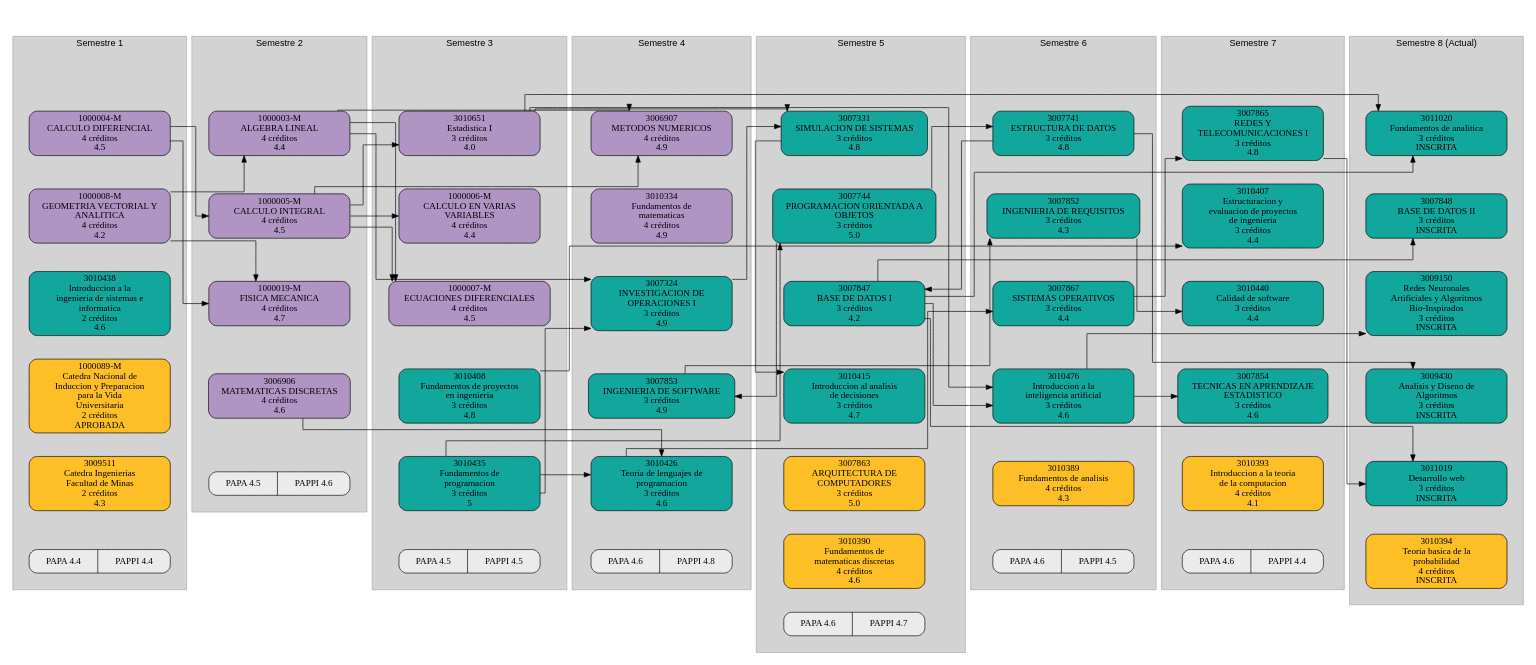
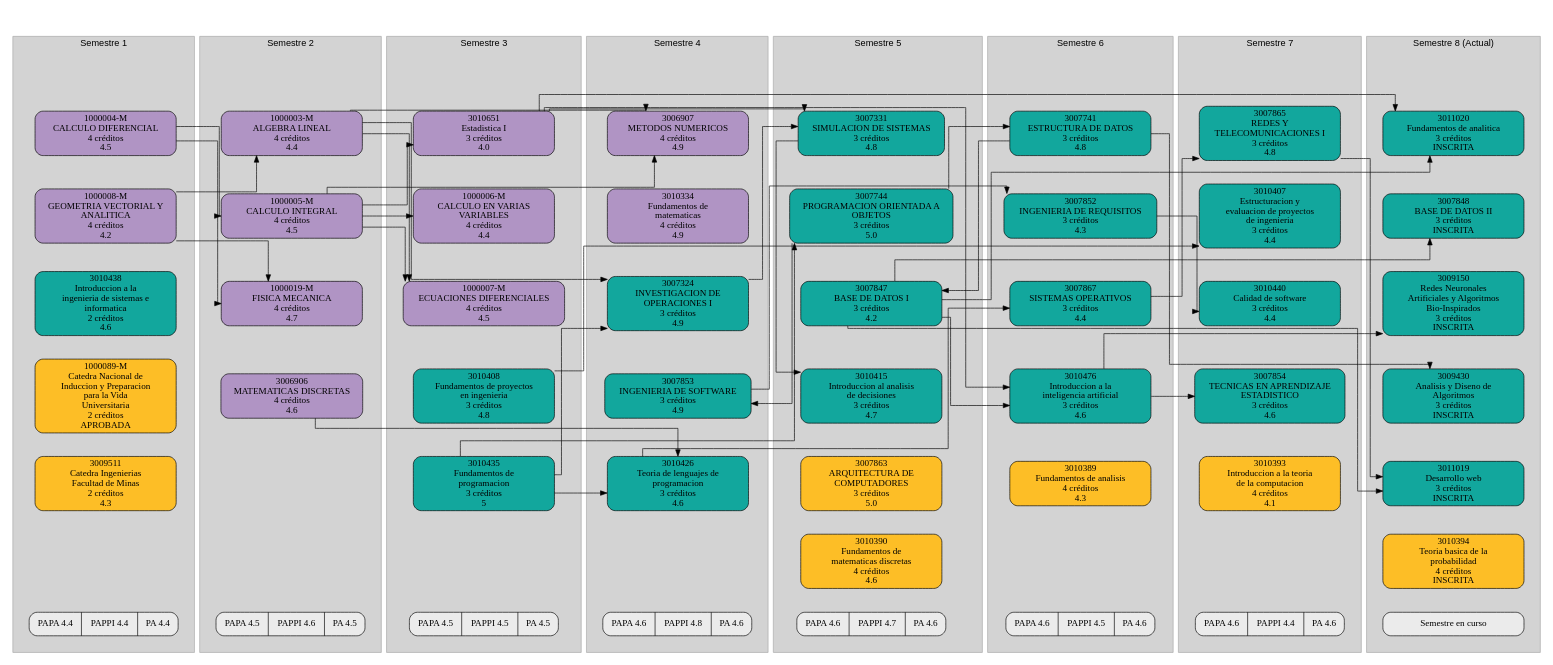
One commit to eporrasm/d-web changed the diagram in codigo/asignatura_catalog/plan_estudios.gv. Above: the diagram before and after it, drawn with Graphviz. The commit also changed 13 other files, not shown here.

```diff
--- a/codigo/asignatura_catalog/plan_estudios.gv
+++ b/codigo/asignatura_catalog/plan_estudios.gv
@@ -38,8 +38,10 @@
 2 créditos
 4.3" color="#000000" fillcolor="#fdbe26" group=sem1 penwidth=1]
 		"1000089-M" -> 3009511 [style=invis]
-		"Promedio 1" [label="PAPA 4.4|PAPPI 4.4" fillcolor="#EBEBEB" shape=record]
-		3009511 -> "Promedio 1" [style=invis]
+		relleno_1_0 [group=sem1 style=invis]
+		3009511 -> relleno_1_0 [style=invis]
+		"Promedio 1" [label="PAPA 4.4|PAPPI 4.4|PA 4.4" fillcolor="#EBEBEB" shape=record]
+		relleno_1_0 -> "Promedio 1" [style=invis]
 	}
 	subgraph cluster_2 {
 		graph [margin=25 nodesep=0.02]
@@ -66,8 +68,12 @@
 4 créditos
 4.6" color="#000000" fillcolor="#b094c4" group=sem2 penwidth=1]
 		"1000019-M" -> 3006906 [style=invis]
-		"Promedio 2" [label="PAPA 4.5|PAPPI 4.6" fillcolor="#EBEBEB" shape=record]
-		3006906 -> "Promedio 2" [style=invis]
+		relleno_2_0 [group=sem2 style=invis]
+		3006906 -> relleno_2_0 [style=invis]
+		relleno_2_1 [group=sem2 style=invis]
+		relleno_2_0 -> relleno_2_1 [style=invis]
+		"Promedio 2" [label="PAPA 4.5|PAPPI 4.6|PA 4.5" fillcolor="#EBEBEB" shape=record]
+		relleno_2_1 -> "Promedio 2" [style=invis]
 	}
 	subgraph cluster_3 {
 		graph [margin=25 nodesep=0.02]
@@ -102,8 +108,10 @@
 3 créditos
 5" color="#000000" fillcolor="#12a79d" group=sem3 penwidth=1]
 		3010408 -> 3010435 [style=invis]
-		"Promedio 3" [label="PAPA 4.5|PAPPI 4.5" fillcolor="#EBEBEB" shape=record]
-		3010435 -> "Promedio 3" [style=invis]
+		relleno_3_0 [group=sem3 style=invis]
+		3010435 -> relleno_3_0 [style=invis]
+		"Promedio 3" [label="PAPA 4.5|PAPPI 4.5|PA 4.5" fillcolor="#EBEBEB" shape=record]
+		relleno_3_0 -> "Promedio 3" [style=invis]
 	}
 	subgraph cluster_4 {
 		graph [margin=25 nodesep=0.02]
@@ -138,8 +146,10 @@
 3 créditos
 4.6" color="#000000" fillcolor="#12a79d" group=sem4 penwidth=1]
 		3007853 -> 3010426 [style=invis]
-		"Promedio 4" [label="PAPA 4.6|PAPPI 4.8" fillcolor="#EBEBEB" shape=record]
-		3010426 -> "Promedio 4" [style=invis]
+		relleno_4_0 [group=sem4 style=invis]
+		3010426 -> relleno_4_0 [style=invis]
+		"Promedio 4" [label="PAPA 4.6|PAPPI 4.8|PA 4.6" fillcolor="#EBEBEB" shape=record]
+		relleno_4_0 -> "Promedio 4" [style=invis]
 	}
 	subgraph cluster_5 {
 		graph [margin=25 nodesep=0.02]
@@ -180,7 +190,7 @@
 4 créditos
 4.6" color="#000000" fillcolor="#fdbe26" group=sem5 penwidth=1]
 		3007863 -> 3010390 [style=invis]
-		"Promedio 5" [label="PAPA 4.6|PAPPI 4.7" fillcolor="#EBEBEB" shape=record]
+		"Promedio 5" [label="PAPA 4.6|PAPPI 4.7|PA 4.6" fillcolor="#EBEBEB" shape=record]
 		3010390 -> "Promedio 5" [style=invis]
 	}
 	subgraph cluster_6 {
@@ -214,8 +224,10 @@
 4 créditos
 4.3" color="#000000" fillcolor="#fdbe26" group=sem6 penwidth=1]
 		3010476 -> 3010389 [style=invis]
-		"Promedio 6" [label="PAPA 4.6|PAPPI 4.5" fillcolor="#EBEBEB" shape=record]
-		3010389 -> "Promedio 6" [style=invis]
+		relleno_6_0 [group=sem6 style=invis]
+		3010389 -> relleno_6_0 [style=invis]
+		"Promedio 6" [label="PAPA 4.6|PAPPI 4.5|PA 4.6" fillcolor="#EBEBEB" shape=record]
+		relleno_6_0 -> "Promedio 6" [style=invis]
 	}
 	subgraph cluster_7 {
 		graph [margin=25 nodesep=0.02]
@@ -252,8 +264,10 @@
 4 créditos
 4.1" color="#000000" fillcolor="#fdbe26" group=sem7 penwidth=1]
 		3007854 -> 3010393 [style=invis]
-		"Promedio 7" [label="PAPA 4.6|PAPPI 4.4" fillcolor="#EBEBEB" shape=record]
-		3010393 -> "Promedio 7" [style=invis]
+		relleno_7_0 [group=sem7 style=invis]
+		3010393 -> relleno_7_0 [style=invis]
+		"Promedio 7" [label="PAPA 4.6|PAPPI 4.4|PA 4.6" fillcolor="#EBEBEB" shape=record]
+		relleno_7_0 -> "Promedio 7" [style=invis]
 	}
 	subgraph cluster_8 {
 		graph [margin=25 nodesep=0.02]
@@ -294,6 +308,8 @@
 4 créditos
 INSCRITA" color="#000000" fillcolor="#fdbe26" group=sem8 penwidth=1]
 		3011019 -> 3010394 [style=invis]
+		"Promedio 8" [label="Semestre en curso" fillcolor="#EBEBEB" shape=record]
+		3010394 -> "Promedio 8" [style=invis]
 	}
 	"1000008-M" -> "1000003-M" [constraint=false]
 	"1000004-M" -> "1000005-M" [constraint=false]
```
